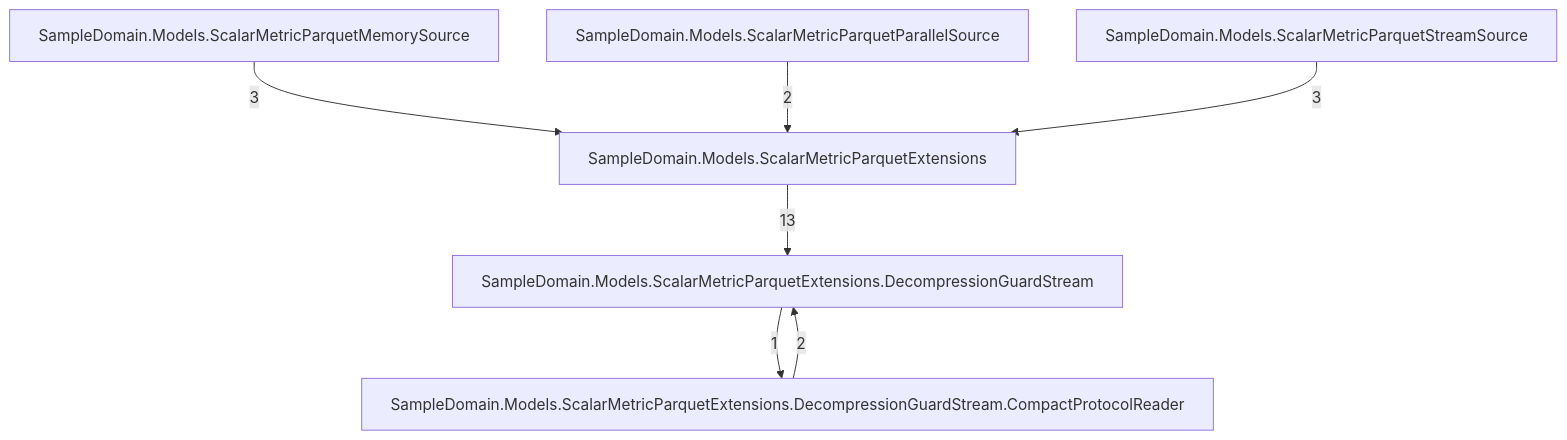
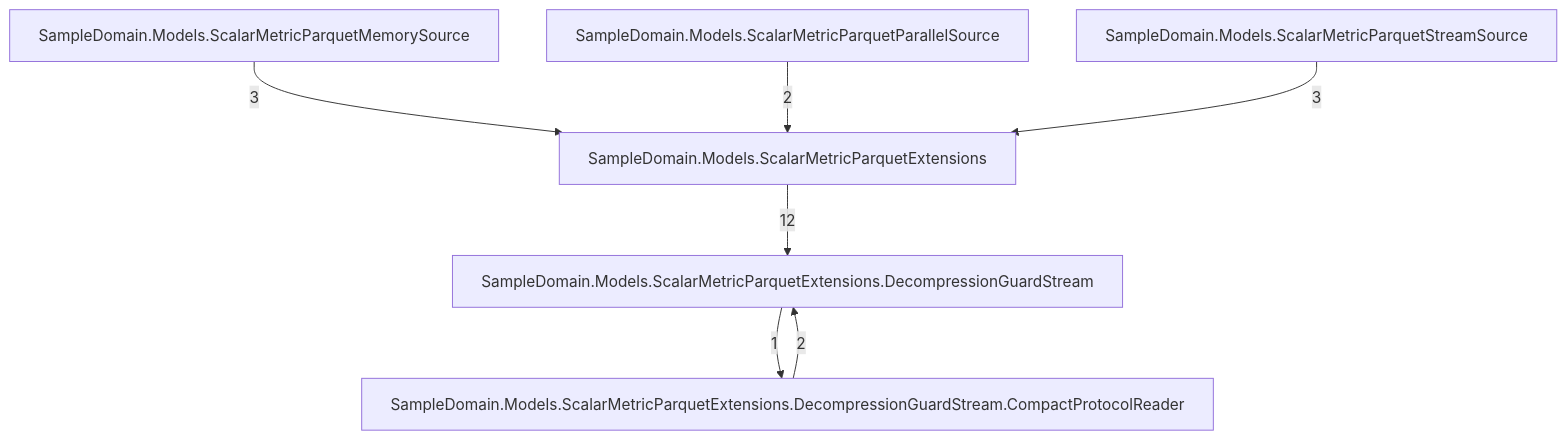
Before and after one commit to rtkelly13/Parquet.SourceGenerator: the sixth of 7 diagrams in docs/callgraph-generated.md, drawn with Mermaid. The commit also changed other lines of this file and 109 other files, not shown here.

````diff
--- a/docs/callgraph-generated.md
+++ b/docs/callgraph-generated.md
@@ -98,15 +98,15 @@
 ```mermaid
 graph TD
     tsampledomainmodelsscalarmetricparquetextensions_049["SampleDomain.Models.ScalarMetricParquetExtensions"]
     tsampledomainmodelsscalarmetricparquetextensionsdecompressionguardstream_074["SampleDomain.Models.ScalarMetricParquetExtensions.DecompressionGuardStream"]
     tsampledomainmodelsscalarmetricparquetextensionsdecompressionguardstreamcompactprotocolreader_096["SampleDomain.Models.ScalarMetricParquetExtensions.DecompressionGuardStream.CompactProtocolReader"]
     tsampledomainmodelsscalarmetricparquetmemorysource_051["SampleDomain.Models.ScalarMetricParquetMemorySource"]
     tsampledomainmodelsscalarmetricparquetparallelsource_053["SampleDomain.Models.ScalarMetricParquetParallelSource"]
     tsampledomainmodelsscalarmetricparquetstreamsource_051["SampleDomain.Models.ScalarMetricParquetStreamSource"]
     tsampledomainmodelsscalarmetricparquetextensionsdecompressionguardstreamcompactprotocolreader_096 -->|2| tsampledomainmodelsscalarmetricparquetextensionsdecompressionguardstream_074
     tsampledomainmodelsscalarmetricparquetextensionsdecompressionguardstream_074 -->|1| tsampledomainmodelsscalarmetricparquetextensionsdecompressionguardstreamcompactprotocolreader_096
-    tsampledomainmodelsscalarmetricparquetextensions_049 -->|13| tsampledomainmodelsscalarmetricparquetextensionsdecompressionguardstream_074
+    tsampledomainmodelsscalarmetricparquetextensions_049 -->|12| tsampledomainmodelsscalarmetricparquetextensionsdecompressionguardstream_074
     tsampledomainmodelsscalarmetricparquetmemorysource_051 -->|3| tsampledomainmodelsscalarmetricparquetextensions_049
     tsampledomainmodelsscalarmetricparquetparallelsource_053 -->|2| tsampledomainmodelsscalarmetricparquetextensions_049
     tsampledomainmodelsscalarmetricparquetstreamsource_051 -->|3| tsampledomainmodelsscalarmetricparquetextensions_049
 ```
````
